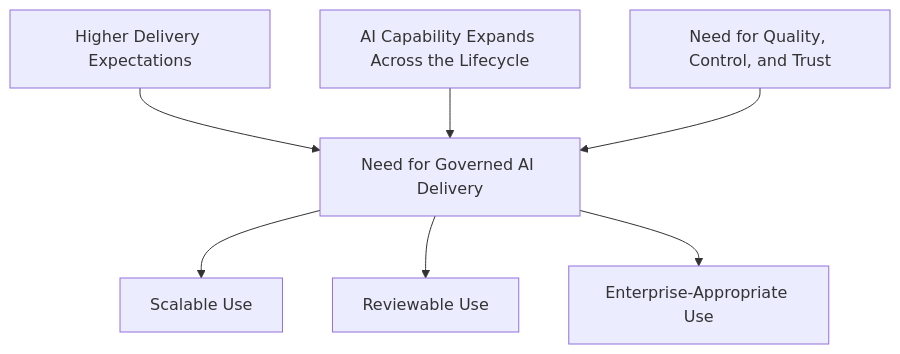
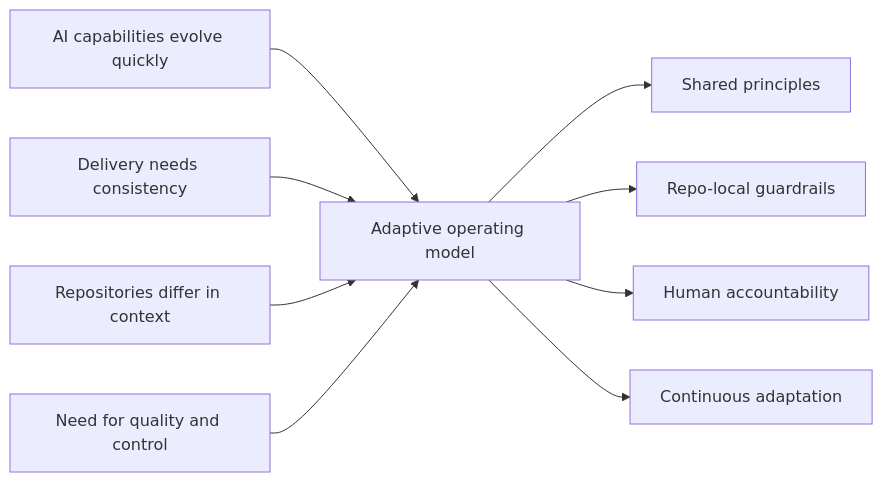
Before and after one commit to refat-asadullah-creolytix-dev/refat-asadullah-creolytix-dev: the first of 12 diagrams in creolytix-ai-delivery-operating-model.md, drawn with Mermaid. The commit also changed other lines of this file, not shown here.

First line of the commit message:
Revise AI delivery model for adaptability and governance

````diff
--- a/creolytix-ai-delivery-operating-model.md
+++ b/creolytix-ai-delivery-operating-model.md
@@ -45,14 +14,17 @@
 ```mermaid
-flowchart TB
-    A[Higher Delivery Expectations]
-    B[AI Capability Expands Across the Lifecycle]
-    C[Need for Quality, Control, and Trust]
+flowchart LR
+    A[AI capabilities evolve quickly]
+    B[Delivery needs consistency]
+    C[Repositories differ in context]
+    D[Need for quality and control]
 
-    A --> D[Need for Governed AI Delivery]
-    B --> D
-    C --> D
+    A --> E[Adaptive operating model]
+    B --> E
+    C --> E
+    D --> E
 
-    D --> E[Scalable Use]
-    D --> F[Reviewable Use]
-    D --> G[Enterprise-Appropriate Use]
+    E --> F[Shared principles]
+    E --> G[Repo-local guardrails]
+    E --> H[Human accountability]
+    E --> I[Continuous adaptation]
 ```
````
